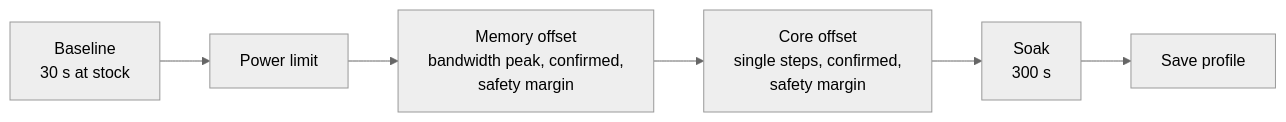
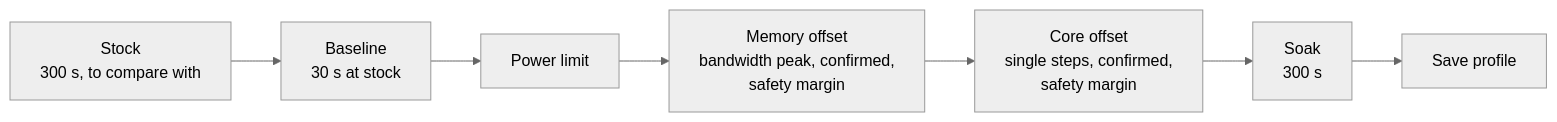
Before and after one commit to Rovey/gpu-auto-optimizer: the diagram in README.md, drawn with Mermaid (neutral theme). The commit also changed other lines of this file and 5 other files, not shown here.

````diff
--- a/README.md
+++ b/README.md
@@ -166,8 +166,9 @@
 ```mermaid
 flowchart LR
-    A[Baseline<br/>30 s at stock] --> B[Power limit]
+    S[Stock<br/>300 s, to compare with] --> A[Baseline<br/>30 s at stock]
+    A --> B[Power limit]
     B --> C[Memory offset<br/>bandwidth peak, confirmed,<br/>safety margin]
     C --> D[Core offset<br/>single steps, confirmed,<br/>safety margin]
     D --> G[Soak<br/>300 s]
     G --> H[Save profile]
 ```
````
